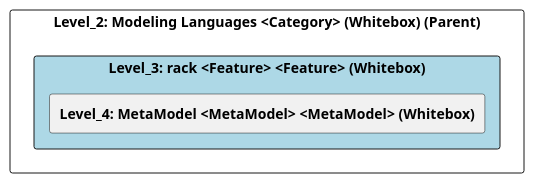
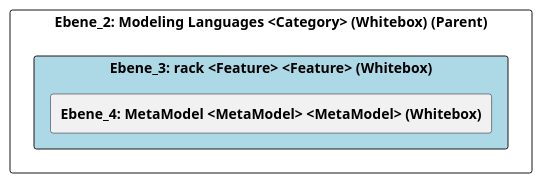
One commit to marcozwyssig/cleon changed the diagram in doc/cleonproject_deliverables_architecture_model_architecture/adoc/de/05_bausteinsicht/cleon/modeling_languages/rack/ebene_3_rack.adoc. Above: the diagram before and after it, drawn with PlantUML. The commit also changed other lines of this file and 258 other files, not shown here.

```diff
--- a/doc/cleonproject_deliverables_architecture_model_architecture/adoc/de/05_bausteinsicht/cleon/modeling_languages/rack/ebene_3_rack.adoc
+++ b/doc/cleonproject_deliverables_architecture_model_architecture/adoc/de/05_bausteinsicht/cleon/modeling_languages/rack/ebene_3_rack.adoc
@@ -24,24 +24,24 @@
-[plantuml, Level_3: rack <Feature> <Feature> (Whitebox)BlockOverview, format="svg"]
+[plantuml, Ebene_3: rack <Feature> <Feature> (Whitebox)BlockOverview, format="svg"]
 ----
-@startuml Level_3: rack <Feature> <Feature> (Whitebox)BuildingBlockOverview
+@startuml Ebene_3: rack <Feature> <Feature> (Whitebox)BuildingBlockOverview
 
 skinparam ranksep 10
 skinparam componentStyle rectangle
 skinparam shadowing false
 skinparam arrowColor lightblue
 skinparam arrowThickness 1.2
 skinparam rectangle {
   BackgroundColor White
   BorderColor #333
   RoundCorner 10
 }
 top to bottom direction
 
-component "Level_2: Modeling Languages <Category> (Whitebox) (Parent)" {
-    component "Level_3: rack <Feature> <Feature> (Whitebox)" #lightblue {
-        [**Level_4: MetaModel <MetaModel> <MetaModel> (Whitebox)**] as 4A56DE56_D579_11EE_903E_9F564E4DE07E
+component "Ebene_2: Modeling Languages <Category> (Whitebox) (Parent)" {
+    component "Ebene_3: rack <Feature> <Feature> (Whitebox)" #lightblue {
+        [**Ebene_4: MetaModel <MetaModel> <MetaModel> (Whitebox)**] as 4A56DE56_D579_11EE_903E_9F564E4DE07E
     }
 }
 
 @enduml
 ----
```
